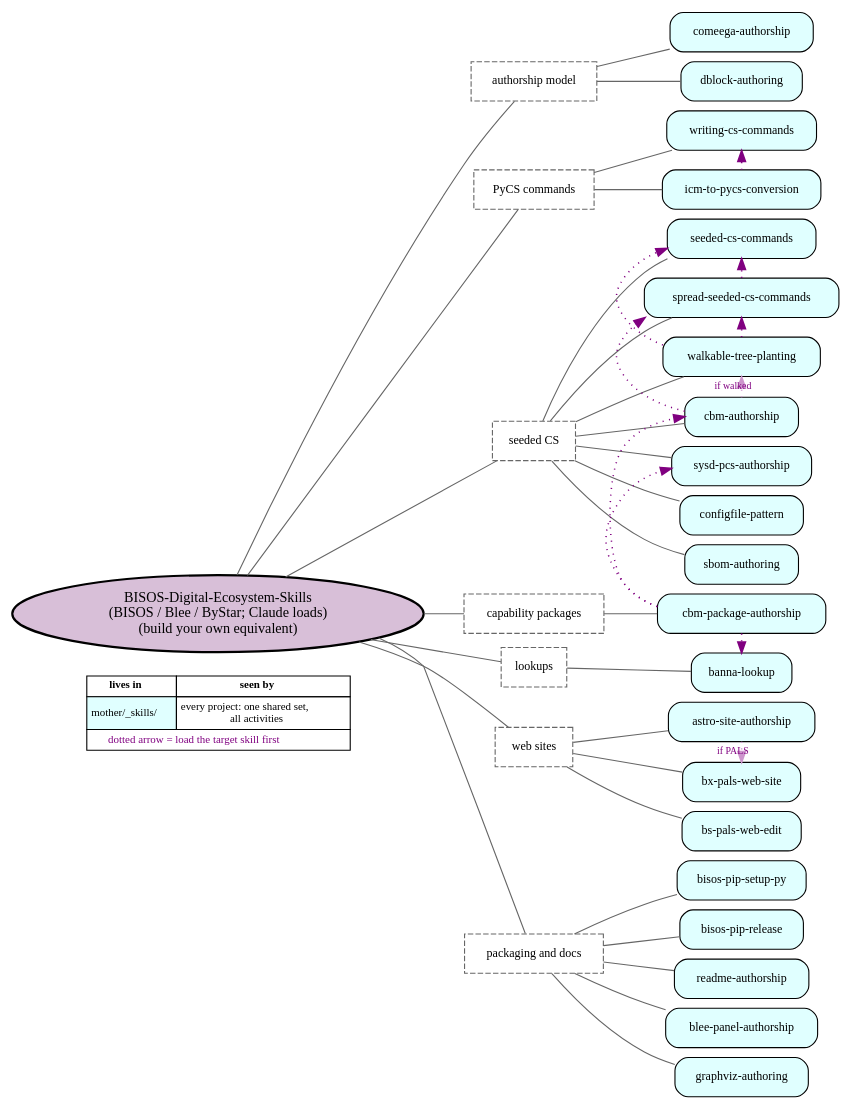
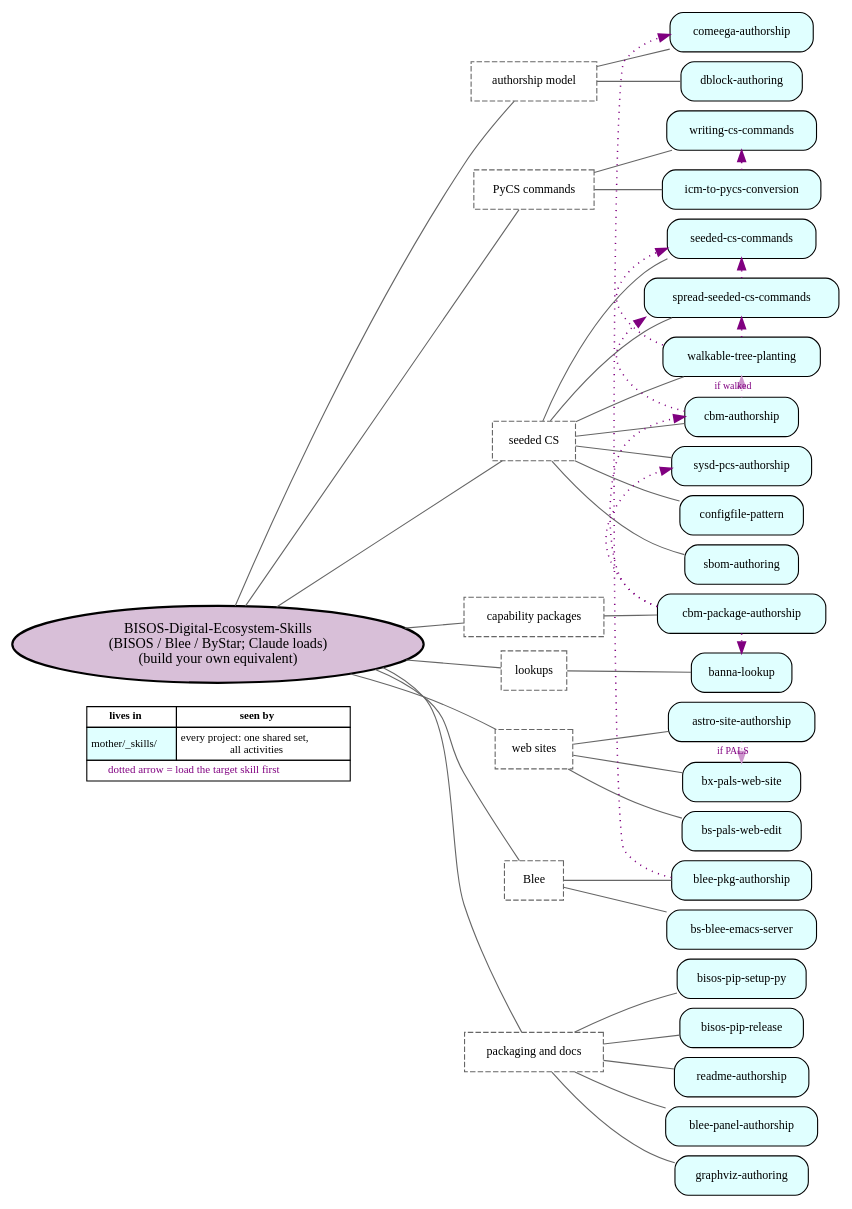
Before and after one commit to bisos-pip/aiActivity: the diagram in py3/images/aiEcosystemTree.gv, drawn with Graphviz. The commit also changed 27 other files, not shown here.

```diff
--- a/py3/images/aiEcosystemTree.gv
+++ b/py3/images/aiEcosystemTree.gv
@@ -1,79 +1,86 @@
 digraph {
 	nodesep=0.12 rankdir=LR ranksep=0.5
 	node [fontsize=11]
 	root [label="BISOS-Digital-Ecosystem-Skills
 (BISOS / Blee / ByStar; Claude loads)
 (build your own equivalent)" fillcolor=thistle fontsize=13 shape=ellipse style="filled,bold"]
 	ecoAuthorship [label="authorship model" color=gray40 fontsize=11 shape=box style=dashed]
 	root -> ecoAuthorship [arrowhead=none color=gray40]
 	"comeega-authorship" [label="comeega-authorship" fillcolor=lightcyan shape=box style="filled,rounded"]
 	ecoAuthorship -> "comeega-authorship" [arrowhead=none color=gray40]
 	"dblock-authoring" [label="dblock-authoring" fillcolor=lightcyan shape=box style="filled,rounded"]
 	ecoAuthorship -> "dblock-authoring" [arrowhead=none color=gray40]
 	ecoPycs [label="PyCS commands" color=gray40 fontsize=11 shape=box style=dashed]
 	root -> ecoPycs [arrowhead=none color=gray40]
 	"writing-cs-commands" [label="writing-cs-commands" fillcolor=lightcyan shape=box style="filled,rounded"]
 	ecoPycs -> "writing-cs-commands" [arrowhead=none color=gray40]
 	"icm-to-pycs-conversion" [label="icm-to-pycs-conversion" fillcolor=lightcyan shape=box style="filled,rounded"]
 	ecoPycs -> "icm-to-pycs-conversion" [arrowhead=none color=gray40]
 	ecoSeeded [label="seeded CS" color=gray40 fontsize=11 shape=box style=dashed]
 	root -> ecoSeeded [arrowhead=none color=gray40]
 	"seeded-cs-commands" [label="seeded-cs-commands" fillcolor=lightcyan shape=box style="filled,rounded"]
 	ecoSeeded -> "seeded-cs-commands" [arrowhead=none color=gray40]
 	"spread-seeded-cs-commands" [label="spread-seeded-cs-commands" fillcolor=lightcyan shape=box style="filled,rounded"]
 	ecoSeeded -> "spread-seeded-cs-commands" [arrowhead=none color=gray40]
 	"walkable-tree-planting" [label="walkable-tree-planting" fillcolor=lightcyan shape=box style="filled,rounded"]
 	ecoSeeded -> "walkable-tree-planting" [arrowhead=none color=gray40]
 	"cbm-authorship" [label="cbm-authorship" fillcolor=lightcyan shape=box style="filled,rounded"]
 	ecoSeeded -> "cbm-authorship" [arrowhead=none color=gray40]
 	"sysd-pcs-authorship" [label="sysd-pcs-authorship" fillcolor=lightcyan shape=box style="filled,rounded"]
 	ecoSeeded -> "sysd-pcs-authorship" [arrowhead=none color=gray40]
 	"configfile-pattern" [label="configfile-pattern" fillcolor=lightcyan shape=box style="filled,rounded"]
 	ecoSeeded -> "configfile-pattern" [arrowhead=none color=gray40]
 	"sbom-authoring" [label="sbom-authoring" fillcolor=lightcyan shape=box style="filled,rounded"]
 	ecoSeeded -> "sbom-authoring" [arrowhead=none color=gray40]
 	ecoCapability [label="capability packages" color=gray40 fontsize=11 shape=box style=dashed]
 	root -> ecoCapability [arrowhead=none color=gray40]
 	"cbm-package-authorship" [label="cbm-package-authorship" fillcolor=lightcyan shape=box style="filled,rounded"]
 	ecoCapability -> "cbm-package-authorship" [arrowhead=none color=gray40]
 	ecoLookups [label=lookups color=gray40 fontsize=11 shape=box style=dashed]
 	root -> ecoLookups [arrowhead=none color=gray40]
 	"banna-lookup" [label="banna-lookup" fillcolor=lightcyan shape=box style="filled,rounded"]
 	ecoLookups -> "banna-lookup" [arrowhead=none color=gray40]
 	ecoSites [label="web sites" color=gray40 fontsize=11 shape=box style=dashed]
 	root -> ecoSites [arrowhead=none color=gray40]
 	"astro-site-authorship" [label="astro-site-authorship" fillcolor=lightcyan shape=box style="filled,rounded"]
 	ecoSites -> "astro-site-authorship" [arrowhead=none color=gray40]
 	"bx-pals-web-site" [label="bx-pals-web-site" fillcolor=lightcyan shape=box style="filled,rounded"]
 	ecoSites -> "bx-pals-web-site" [arrowhead=none color=gray40]
 	"bs-pals-web-edit" [label="bs-pals-web-edit" fillcolor=lightcyan shape=box style="filled,rounded"]
 	ecoSites -> "bs-pals-web-edit" [arrowhead=none color=gray40]
+	ecoBlee [label=Blee color=gray40 fontsize=11 shape=box style=dashed]
+	root -> ecoBlee [arrowhead=none color=gray40]
+	"blee-pkg-authorship" [label="blee-pkg-authorship" fillcolor=lightcyan shape=box style="filled,rounded"]
+	ecoBlee -> "blee-pkg-authorship" [arrowhead=none color=gray40]
+	"bs-blee-emacs-server" [label="bs-blee-emacs-server" fillcolor=lightcyan shape=box style="filled,rounded"]
+	ecoBlee -> "bs-blee-emacs-server" [arrowhead=none color=gray40]
 	ecoPackaging [label="packaging and docs" color=gray40 fontsize=11 shape=box style=dashed]
 	root -> ecoPackaging [arrowhead=none color=gray40]
 	"bisos-pip-setup-py" [label="bisos-pip-setup-py" fillcolor=lightcyan shape=box style="filled,rounded"]
 	ecoPackaging -> "bisos-pip-setup-py" [arrowhead=none color=gray40]
 	"bisos-pip-release" [label="bisos-pip-release" fillcolor=lightcyan shape=box style="filled,rounded"]
 	ecoPackaging -> "bisos-pip-release" [arrowhead=none color=gray40]
 	"readme-authorship" [label="readme-authorship" fillcolor=lightcyan shape=box style="filled,rounded"]
 	ecoPackaging -> "readme-authorship" [arrowhead=none color=gray40]
 	"blee-panel-authorship" [label="blee-panel-authorship" fillcolor=lightcyan shape=box style="filled,rounded"]
 	ecoPackaging -> "blee-panel-authorship" [arrowhead=none color=gray40]
 	"graphviz-authoring" [label="graphviz-authoring" fillcolor=lightcyan shape=box style="filled,rounded"]
 	ecoPackaging -> "graphviz-authoring" [arrowhead=none color=gray40]
 	"spread-seeded-cs-commands" -> "seeded-cs-commands" [color=purple constraint=false penwidth=1.4 style=dotted]
 	"walkable-tree-planting" -> "seeded-cs-commands" [color=purple constraint=false penwidth=1.4 style=dotted]
 	"walkable-tree-planting" -> "spread-seeded-cs-commands" [color=purple constraint=false penwidth=1.4 style=dotted]
 	"cbm-authorship" -> "spread-seeded-cs-commands" [color=purple constraint=false penwidth=1.4 style=dotted]
 	"icm-to-pycs-conversion" -> "writing-cs-commands" [color=purple constraint=false penwidth=1.4 style=dotted]
 	"cbm-package-authorship" -> "cbm-authorship" [color=purple constraint=false penwidth=1.4 style=dotted]
 	"cbm-package-authorship" -> "sysd-pcs-authorship" [color=purple constraint=false penwidth=1.4 style=dotted]
 	"cbm-package-authorship" -> "banna-lookup" [color=purple constraint=false penwidth=1.4 style=dotted]
+	"blee-pkg-authorship" -> "comeega-authorship" [color=purple constraint=false penwidth=1.4 style=dotted]
 	"cbm-authorship" -> "walkable-tree-planting" [label=" if walked " color=plum3 constraint=false fontcolor=purple fontsize=9 penwidth=1.4 style=dotted]
 	"astro-site-authorship" -> "bx-pals-web-site" [label=" if PALS " color=plum3 constraint=false fontcolor=purple fontsize=9 penwidth=1.4 style=dotted]
 	{
 		rank=same
 		root
 		legend [label=<<TABLE BORDER="0" CELLBORDER="1" CELLSPACING="0" CELLPADDING="3"><TR><TD><B>lives in</B></TD><TD><B>seen by</B></TD></TR><TR><TD BGCOLOR="lightcyan">mother/_skills/</TD><TD>every project: one shared set,<BR/>all activities</TD></TR><TR><TD COLSPAN="2"><FONT COLOR="purple">dotted arrow = load the target skill first</FONT></TD></TR></TABLE>> fontsize=10 shape=plaintext]
 	}
 	root -> legend [style=invis]
 }
```
